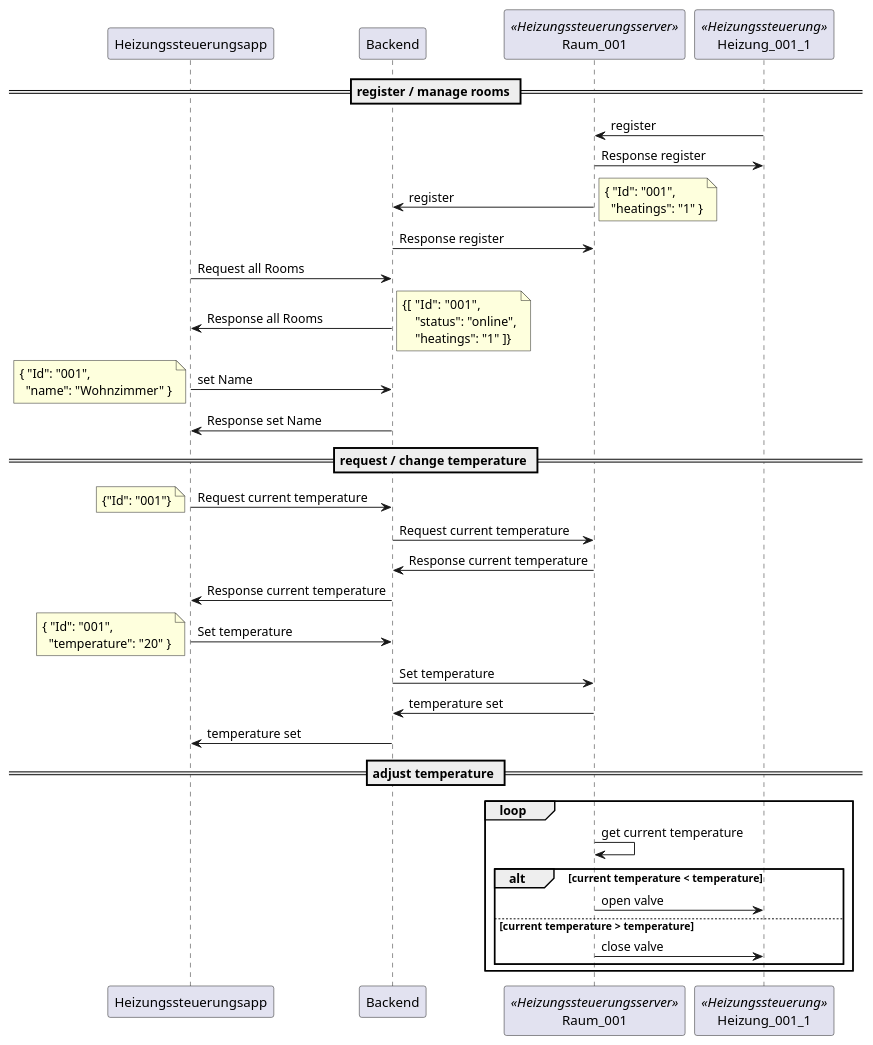
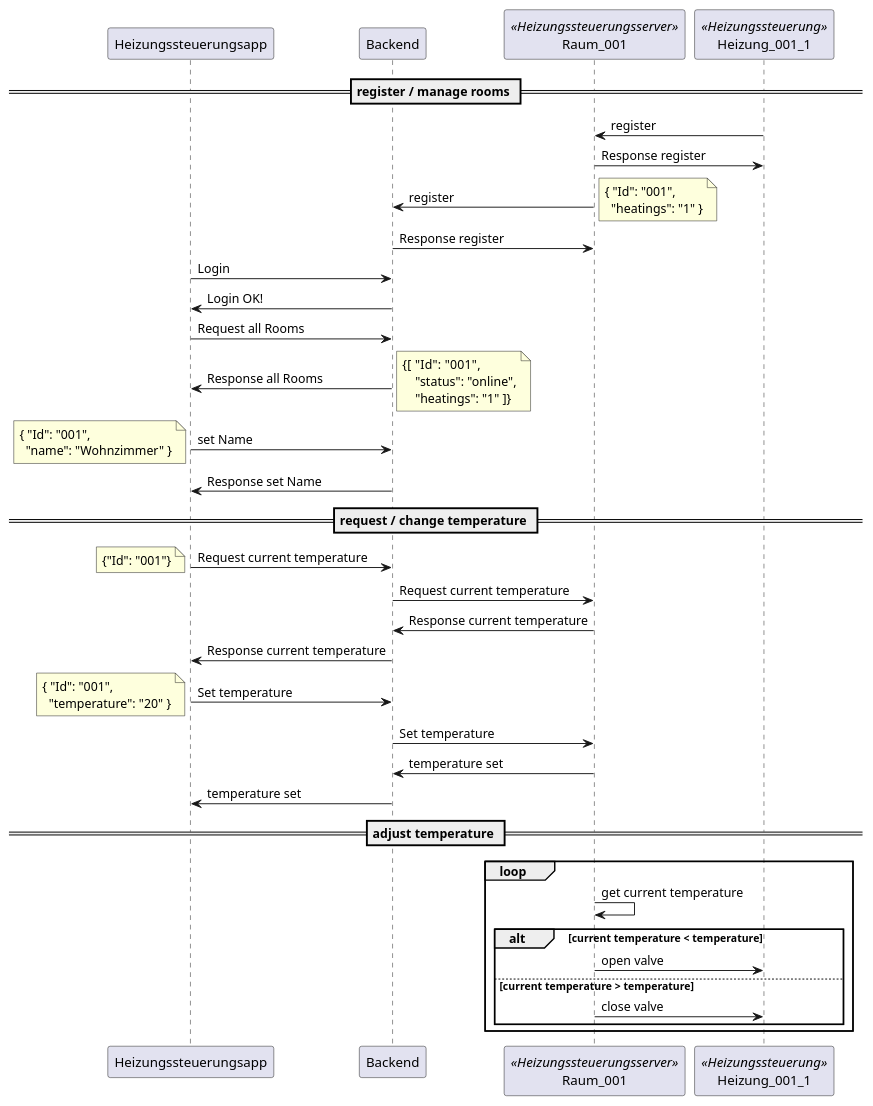
One commit to florensh/embedded-sose16-docs changed the diagram in UML/sequenceDiagram.pu. Above: the diagram before and after it, drawn with PlantUML.

Commit message:
added a login request to sequence diagram

```diff
--- a/UML/sequenceDiagram.pu
+++ b/UML/sequenceDiagram.pu
@@ -1,60 +1,64 @@
 @startuml
 participant "Heizungssteuerungsapp" as App
 participant "Backend" as Backend
 participant "Raum_001" as HS << Heizungssteuerungsserver >>
 participant "Heizung_001_1" as Heizung <<Heizungssteuerung>>
 
 == register / manage rooms ==
 Heizung -> HS: register
 HS -> Heizung: Response register
 HS -> Backend: register
 note right
   { "Id": "001",
     "heatings": "1" }
 end note
 Backend -> HS: Response register
+
+App -> Backend: Login
+Backend -> App: Login OK!
+
 App -> Backend: Request all Rooms
 Backend -> App: Response all Rooms
 note right
   {[  "Id": "001",
       "status": "online",
       "heatings": "1" ]}
 end note
 
 App -> Backend: set Name
 note left
   { "Id": "001",
     "name": "Wohnzimmer" }
 end note
 Backend -> App: Response set Name
 
 == request / change temperature ==
 App -> Backend: Request current temperature
 note left: {"Id": "001"}
 Backend -> HS: Request current temperature
 HS -> Backend: Response current temperature
 Backend -> App: Response current temperature
 App -> Backend: Set temperature
 note left
   { "Id": "001",
     "temperature": "20" }
 end note
 
 Backend -> HS: Set temperature
 HS -> Backend: temperature set
 Backend -> App: temperature set
 
 == adjust temperature ==
 loop
   HS -> HS: get current temperature
   alt current temperature < temperature
       HS -> Heizung: open valve
   else current temperature > temperature
       HS -> Heizung: close valve
   end
 end
 
 
 
 
 @enduml
```
